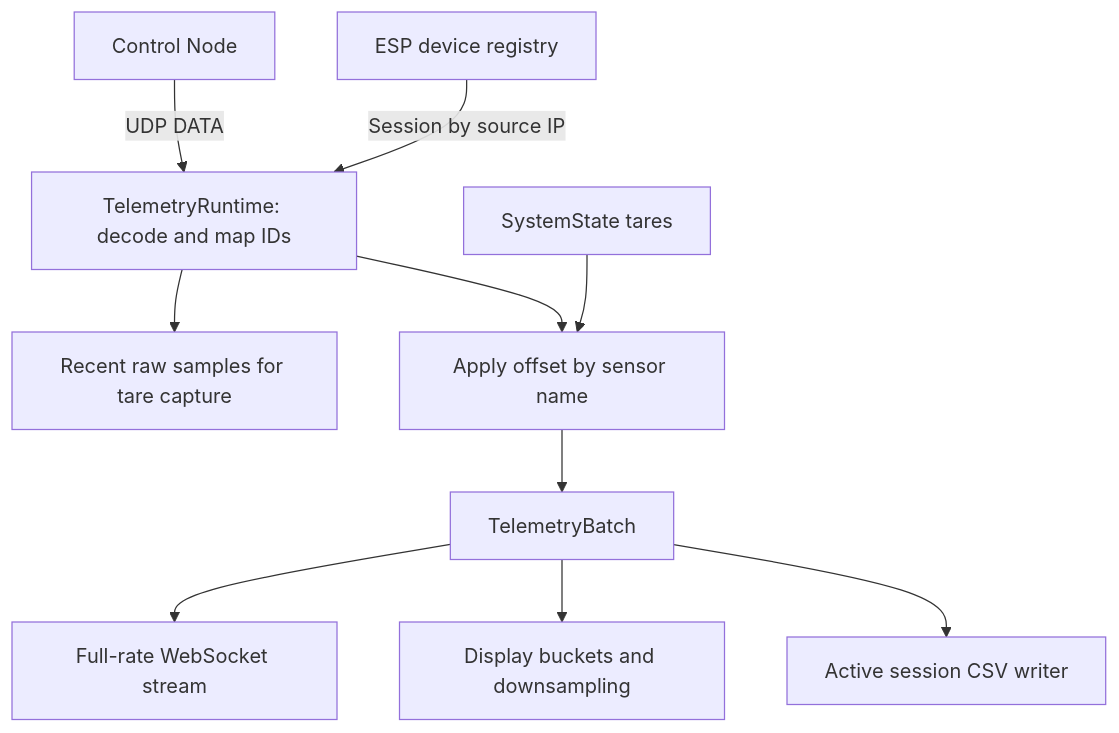
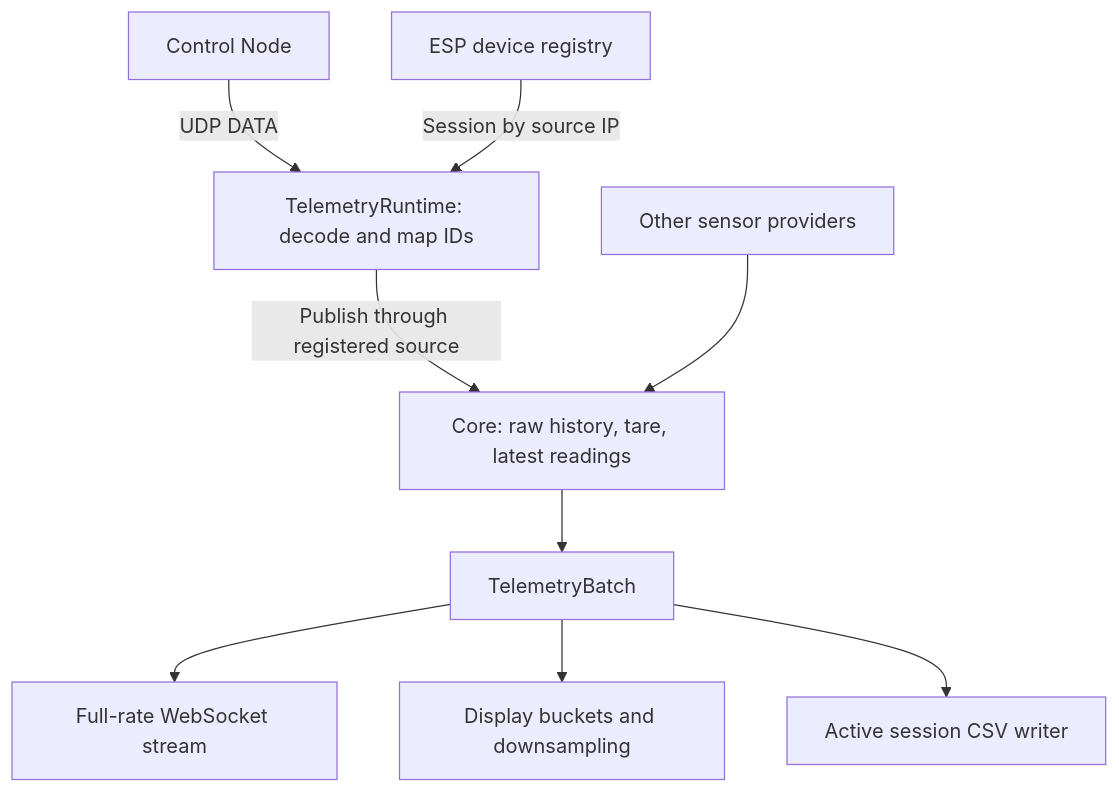
One commit to Queens-Rocket-Engineering-Team/ctl-vector changed the diagram in docs/TELEMETRY.md. Above: the diagram before and after it, drawn with Mermaid. The commit also changed other lines of this file and 40 other files, not shown here.

````diff
--- a/docs/TELEMETRY.md
+++ b/docs/TELEMETRY.md
@@ -9,12 +9,11 @@
 ```mermaid
 flowchart TB
     Node["Control Node"] -->|"UDP DATA"| Ingest["TelemetryRuntime: decode and map IDs"]
     Registry["ESP device registry"] -->|"Session by source IP"| Ingest
-    Ingest --> Samples["Recent raw samples for tare capture"]
-    Ingest --> Tare["Apply offset by sensor name"]
-    State["SystemState tares"] --> Tare
-    Tare --> Batch["TelemetryBatch"]
+    Ingest -->|"Publish through registered source"| Core["Core: raw history, tare, latest readings"]
+    Other["Other sensor providers"] --> Core
+    Core --> Batch["TelemetryBatch"]
     Batch --> Raw["Full-rate WebSocket stream"]
     Batch --> Display["Display buckets and downsampling"]
     Batch --> Recording["Active session CSV writer"]
 ```
````
